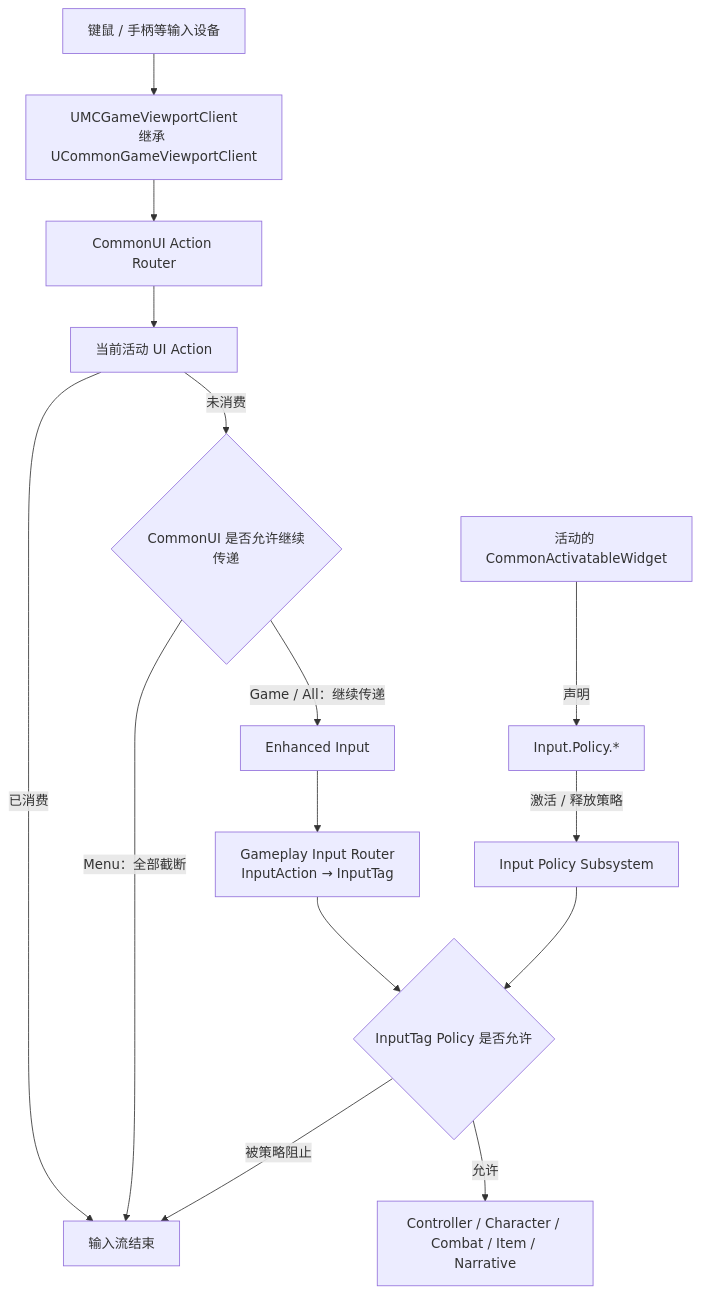
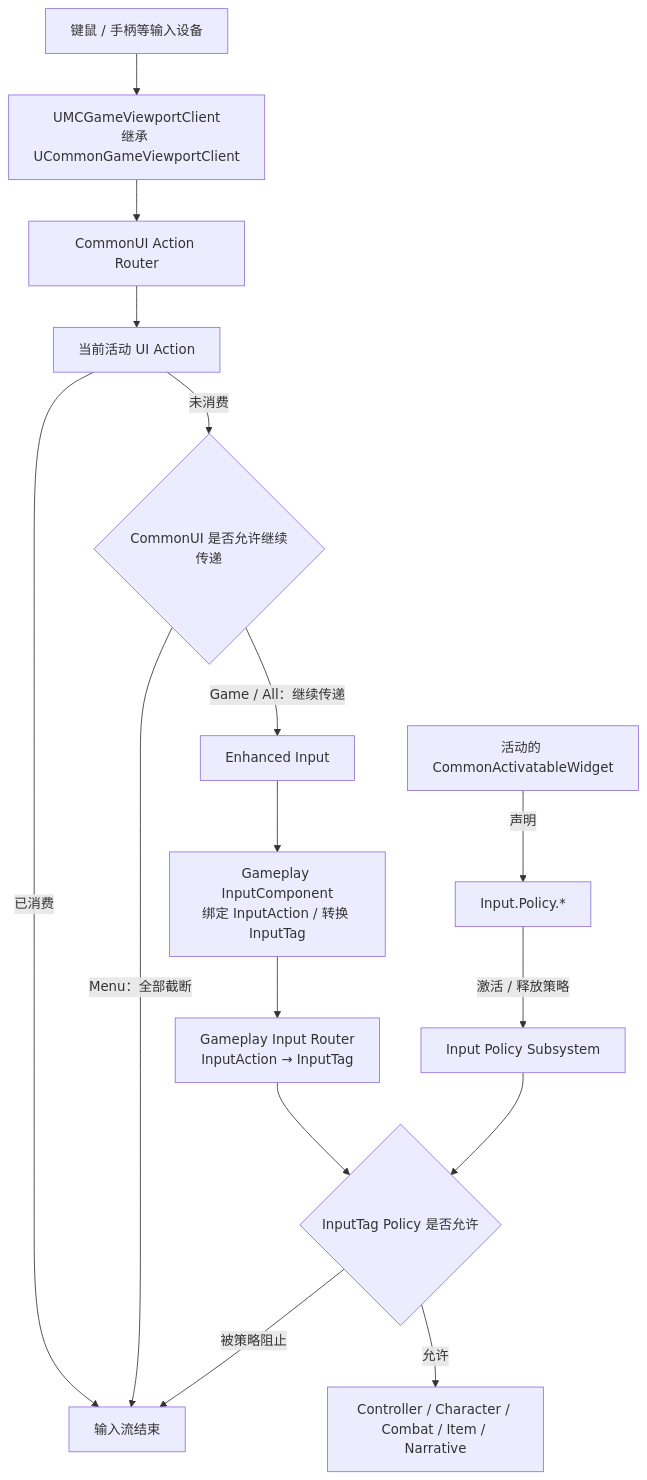
One commit to Jiajiaju/MoldCasting changed the diagram in Docs/GAME_DESIGN_AND_IMPLEMENTATION.md. Above: the diagram before and after it, drawn with Mermaid. The commit also changed other lines of this file, not shown here.

````diff
--- a/Docs/GAME_DESIGN_AND_IMPLEMENTATION.md
+++ b/Docs/GAME_DESIGN_AND_IMPLEMENTATION.md
@@ -354,32 +354,34 @@
 ```mermaid
 flowchart TD
     Device["键鼠 / 手柄等输入设备"]
     Viewport["UMCGameViewportClient<br/>继承 UCommonGameViewportClient"]
     CommonRouter["CommonUI Action Router"]
     UIAction["当前活动 UI Action"]
     CommonMode{"CommonUI 是否允许继续传递"}
     EnhancedInput["Enhanced Input"]
+    InputComponent["Gameplay InputComponent<br/>绑定 InputAction / 转换 InputTag"]
     GameplayRouter["Gameplay Input Router<br/>InputAction → InputTag"]
     PolicyGate{"InputTag Policy 是否允许"}
     Gameplay["Controller / Character / Combat / Item / Narrative"]
     Stop["输入流结束"]
     ActiveWidget["活动的 CommonActivatableWidget"]
     PolicyTag["Input.Policy.*"]
     PolicySubsystem["Input Policy Subsystem"]
 
     Device --> Viewport
     Viewport --> CommonRouter
     CommonRouter --> UIAction
     UIAction -->|"已消费"| Stop
     UIAction -->|"未消费"| CommonMode
     CommonMode -->|"Menu：全部截断"| Stop
     CommonMode -->|"Game / All：继续传递"| EnhancedInput
-    EnhancedInput --> GameplayRouter
+    EnhancedInput --> InputComponent
+    InputComponent --> GameplayRouter
     GameplayRouter --> PolicyGate
     PolicyGate -->|"被策略阻止"| Stop
     PolicyGate -->|"允许"| Gameplay
 
     ActiveWidget -->|"声明"| PolicyTag
     PolicyTag -->|"激活 / 释放策略"| PolicySubsystem
     PolicySubsystem --> PolicyGate
 ```
````
